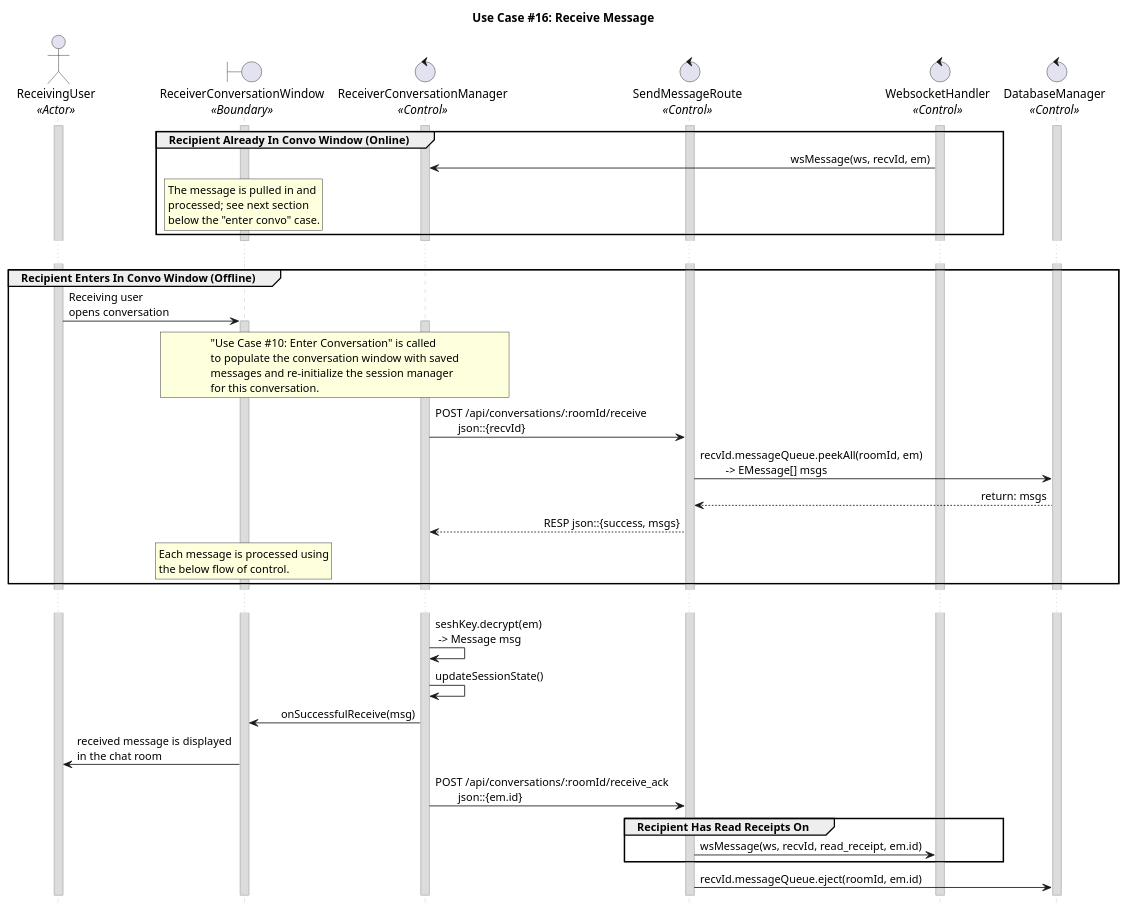
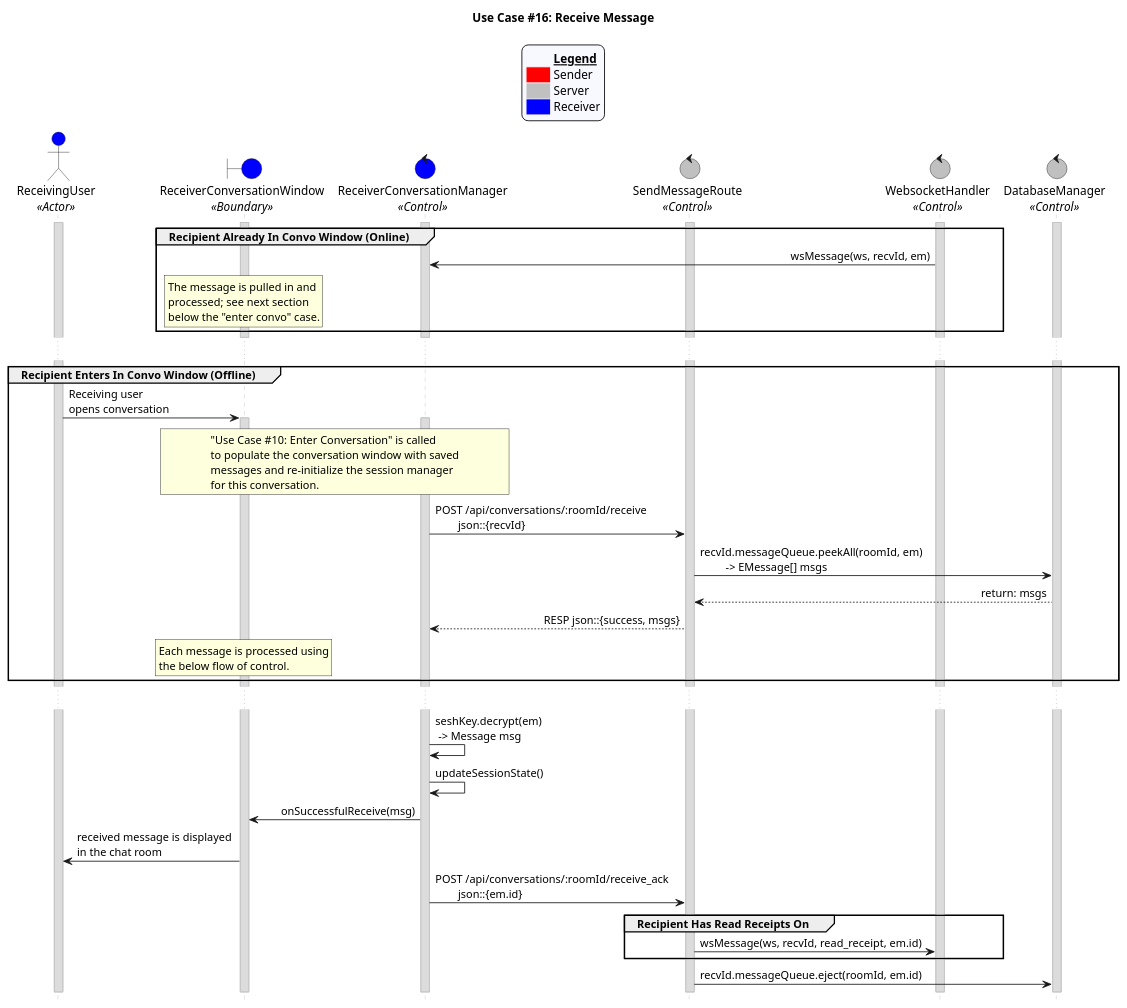
Before and after one commit to CECS-491-SP24-Group-1/seq-diagrams: the diagram in uc_16.puml, drawn with PlantUML. The commit also changed 8 other files, not shown here.

Commit message:
Add legends to the diagrams

```diff
--- a/uc_16.puml
+++ b/uc_16.puml
@@ -1,95 +1,108 @@
 @startuml uc16
 title "Use Case #16: Receive Message"
 
 'Styling goes here
 hide footbox
 skinparam stereotypePosition bottom
 skinparam sequenceMessageAlign direction
 skinparam sequence {
 	LifeLineBorderColor #Silver
 	LifeLineBackgroundColor #Gainsboro
 }
 
+'Add a legend plus styling
+skinparam legend {
+	backgroundColor #GhostWhite
+	entrySeparator #GhostWhite
+}
+
+legend top
+	<#GhostWhite,#GhostWhite>|	|= __Legend__ |
+	|<#red> | Sender|
+	|<#silver> | Server|
+	|<#blue> | Receiver|
+endlegend
+
 'Setup the objects involved here
-actor ReceivingUser as u <<Actor>>
-boundary ReceiverConversationWindow as rcw <<Boundary>>
-control ReceiverConversationManager as rcm <<Control>>
-control SendMessageRoute as smr <<Control>>
-control WebsocketHandler as ws <<Control>>
-control DatabaseManager as db <<Control>>
+actor ReceivingUser as u <<Actor>> #blue
+boundary ReceiverConversationWindow as rcw <<Boundary>> #blue
+control ReceiverConversationManager as rcm <<Control>> #blue
+control SendMessageRoute as smr <<Control>> #silver
+control WebsocketHandler as ws <<Control>> #silver
+control DatabaseManager as db <<Control>> #silver
 'boundary SenderDevice as sd <<Boundary>>
 
 'Setup persistent objects here
 activate u
 activate smr
 activate ws
 activate db
 'activate sd
 
 '--- FLOW OF CONTROL STARTS HERE ---
 'Case 1: The recipient is online
 group Recipient Already In Convo Window (Online)
 	'If the receiving user is online, then messages are pulled in immediately.
 	activate rcm
 	activate rcw
 	ws -> rcm: wsMessage(ws, recvId, em)
 	rnote over rcw
 	The message is pulled in and
 	processed; see next section
 	below the "enter convo" case.
 	end note
 end
 deactivate rcw
 deactivate rcm
 
 ...
 
 'Case 2: The recipient is offline
 group Recipient Enters In Convo Window (Offline)
 	'The user enters the conversation.
 	u -> rcw: Receiving user \nopens conversation
 	activate rcw
 	rnote over rcm,rcw
 	"Use Case #10: Enter Conversation" is called
 	to populate the conversation window with saved
 	messages and re-initialize the session manager
 	for this conversation.
 	end note
 	activate rcm
 
 	'The recipient’s device makes a request for unread messages.
 	rcm -> smr: POST /api/conversations/:roomId/receive \n\tjson::{recvId}
 
 	'The server dequeues the unread messages from the receiver's queue and sends them down to the receiver in an array, from oldest to newest.
 	smr -> db: recvId.messageQueue.peekAll(roomId, em) \n\t -> EMessage[] msgs
 	db --> smr: return: msgs
 	smr --> rcm: RESP json::{success, msgs}
 
 	'The receiver's device begins processing each message
 	rnote over rcw
 	Each message is processed using
 	the below flow of control.
 	end note
 end
 
 ...
 
 'The recipient’s device decrypts the message and updates the ratchet state. 
 rcm -> rcm: seshKey.decrypt(em)\n -> Message msg
 rcm -> rcm: updateSessionState()
 rcm -> rcw: onSuccessfulReceive(msg)
 
 'The recipient reads the message that was sent to them.
 rcw -> u: received message is displayed \nin the chat room
 
 'The recipient’s device sends a read receipt to the server to be delivered to the sender, if enabled
 rcm -> smr: POST /api/conversations/:roomId/receive_ack \n\tjson::{em.id}
 group Recipient Has Read Receipts On
 	smr -> ws: wsMessage(ws, recvId, read_receipt, em.id)
 end
 
 'The server removes the message from the queue and securely erases it.
 smr -> db: recvId.messageQueue.eject(roomId, em.id)
 '--- FLOW OF CONTROL ENDS HERE   ---
 
 @enduml
```
